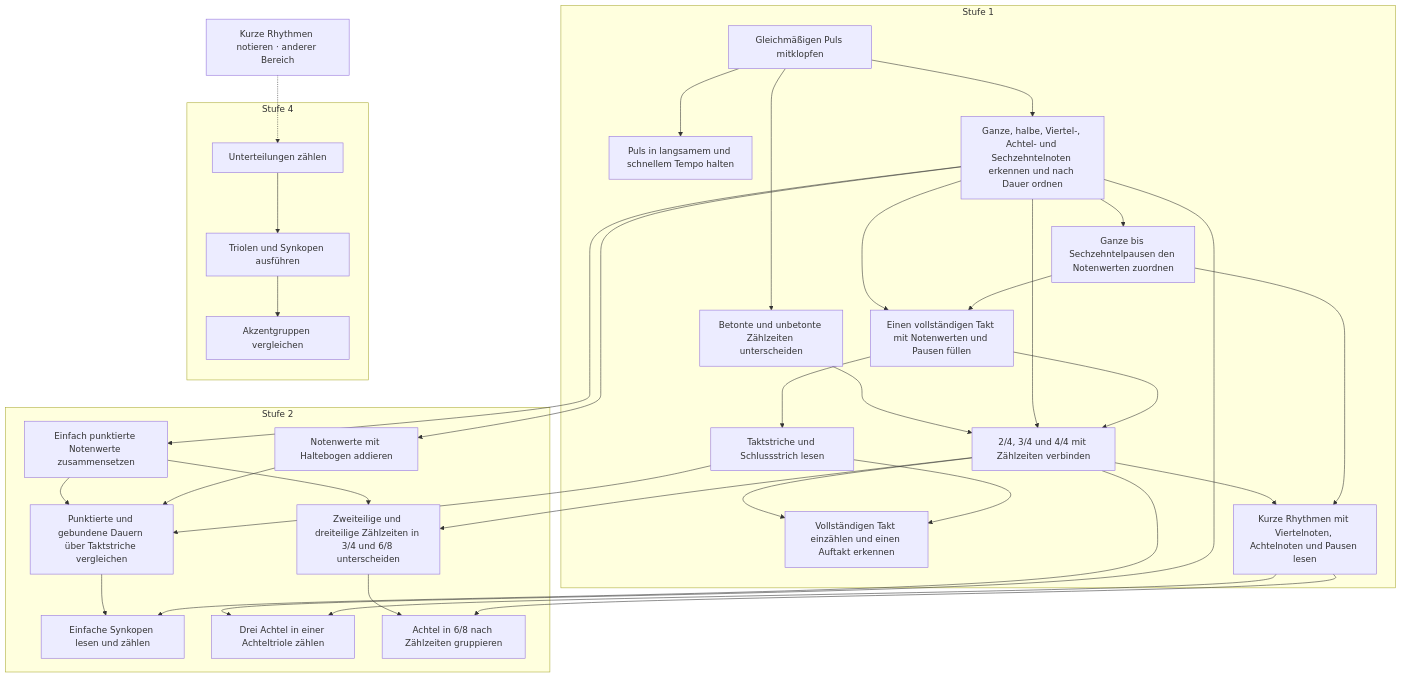
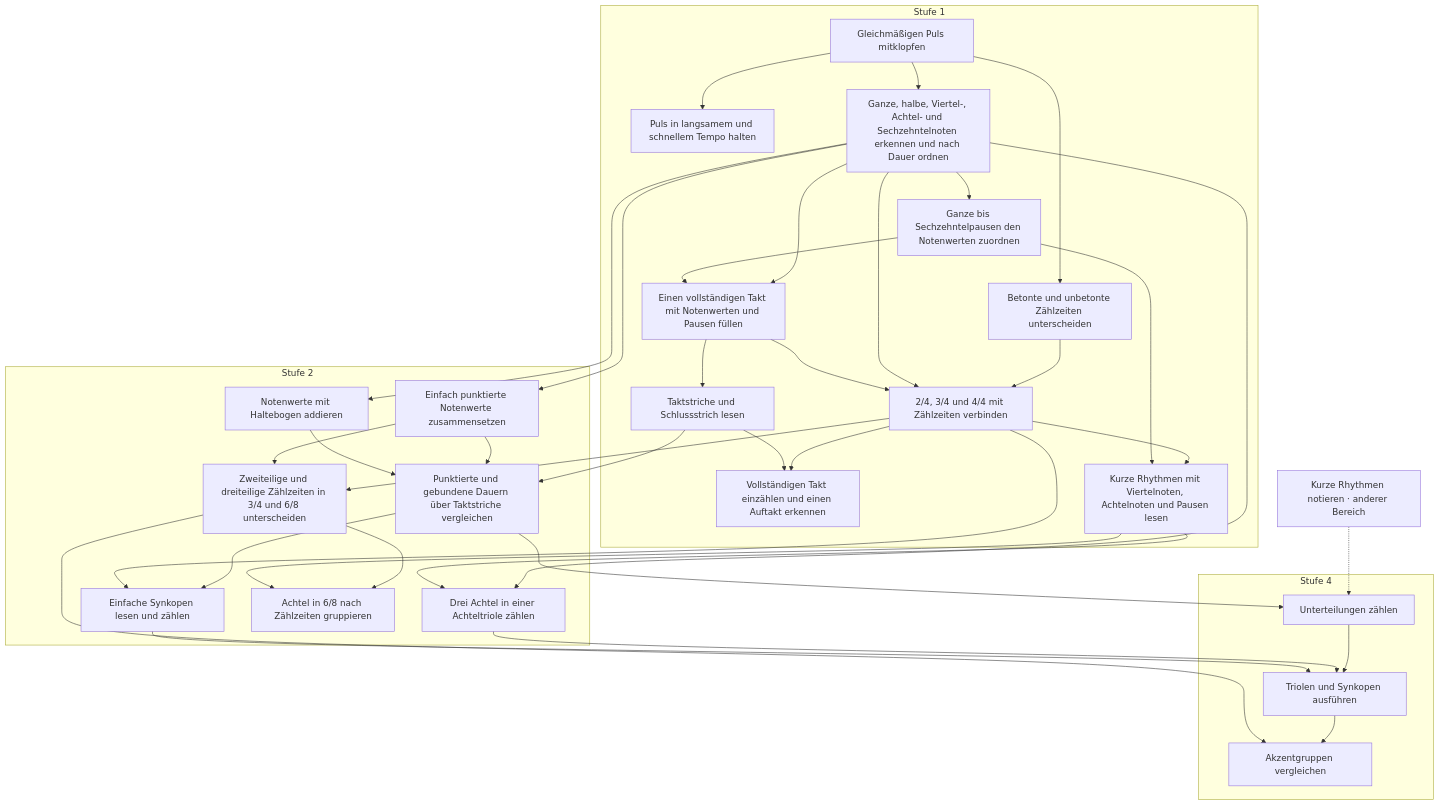
The fourth of 16 diagrams in docs/plan/faehigkeitsgraph-diagramme.md (PhiFa96/harmonia), drawn with Mermaid before and after one commit. The commit also changed other lines of this file and 1 other file, not shown here.

````diff
--- a/docs/plan/faehigkeitsgraph-diagramme.md
+++ b/docs/plan/faehigkeitsgraph-diagramme.md
@@ -327,60 +337,64 @@
 ```mermaid
 flowchart TD
   subgraph level1["Stufe 1"]
     s12["Gleichmäßigen Puls mitklopfen"]
     s13["Puls in langsamem und schnellem Tempo halten"]
     s14["Betonte und unbetonte Zählzeiten unterscheiden"]
     s15["Ganze, halbe, Viertel-, Achtel- und Sechzehntelnoten erkennen und nach Dauer ordnen"]
     s16["Ganze bis Sechzehntelpausen den Notenwerten zuordnen"]
     s17["Einen vollständigen Takt mit Notenwerten und Pausen füllen"]
     s18["Taktstriche und Schlussstrich lesen"]
     s19["2/4, 3/4 und 4/4 mit Zählzeiten verbinden"]
     s20["Vollständigen Takt einzählen und einen Auftakt erkennen"]
     s21["Kurze Rhythmen mit Viertelnoten, Achtelnoten und Pausen lesen"]
   end
   subgraph level2["Stufe 2"]
     s46["Einfach punktierte Notenwerte zusammensetzen"]
     s47["Notenwerte mit Haltebogen addieren"]
     s48["Punktierte und gebundene Dauern über Taktstriche vergleichen"]
     s49["Einfache Synkopen lesen und zählen"]
     s50["Drei Achtel in einer Achteltriole zählen"]
     s51["Zweiteilige und dreiteilige Zählzeiten in 3/4 und 6/8 unterscheiden"]
     s52["Achtel in 6/8 nach Zählzeiten gruppieren"]
   end
   subgraph level4["Stufe 4"]
     s129["Unterteilungen zählen"]
     s130["Triolen und Synkopen ausführen"]
     s131["Akzentgruppen vergleichen"]
   end
   s106["Kurze Rhythmen notieren · anderer Bereich"]
   s12 --> s13
   s12 --> s14
   s12 --> s15
   s15 --> s16
   s15 --> s17
   s16 --> s17
   s17 --> s18
   s14 --> s19
   s15 --> s19
   s17 --> s19
   s19 --> s20
   s18 --> s20
   s19 --> s21
   s16 --> s21
   s15 --> s46
   s15 --> s47
   s46 --> s48
   s47 --> s48
   s18 --> s48
   s48 --> s49
   s19 --> s49
   s15 --> s50
   s21 --> s50
   s19 --> s51
   s46 --> s51
   s51 --> s52
   s21 --> s52
   s106 -.-> s129
+  s48 --> s129
   s129 --> s130
+  s50 --> s130
+  s49 --> s130
   s130 --> s131
+  s51 --> s131
 ```
````
